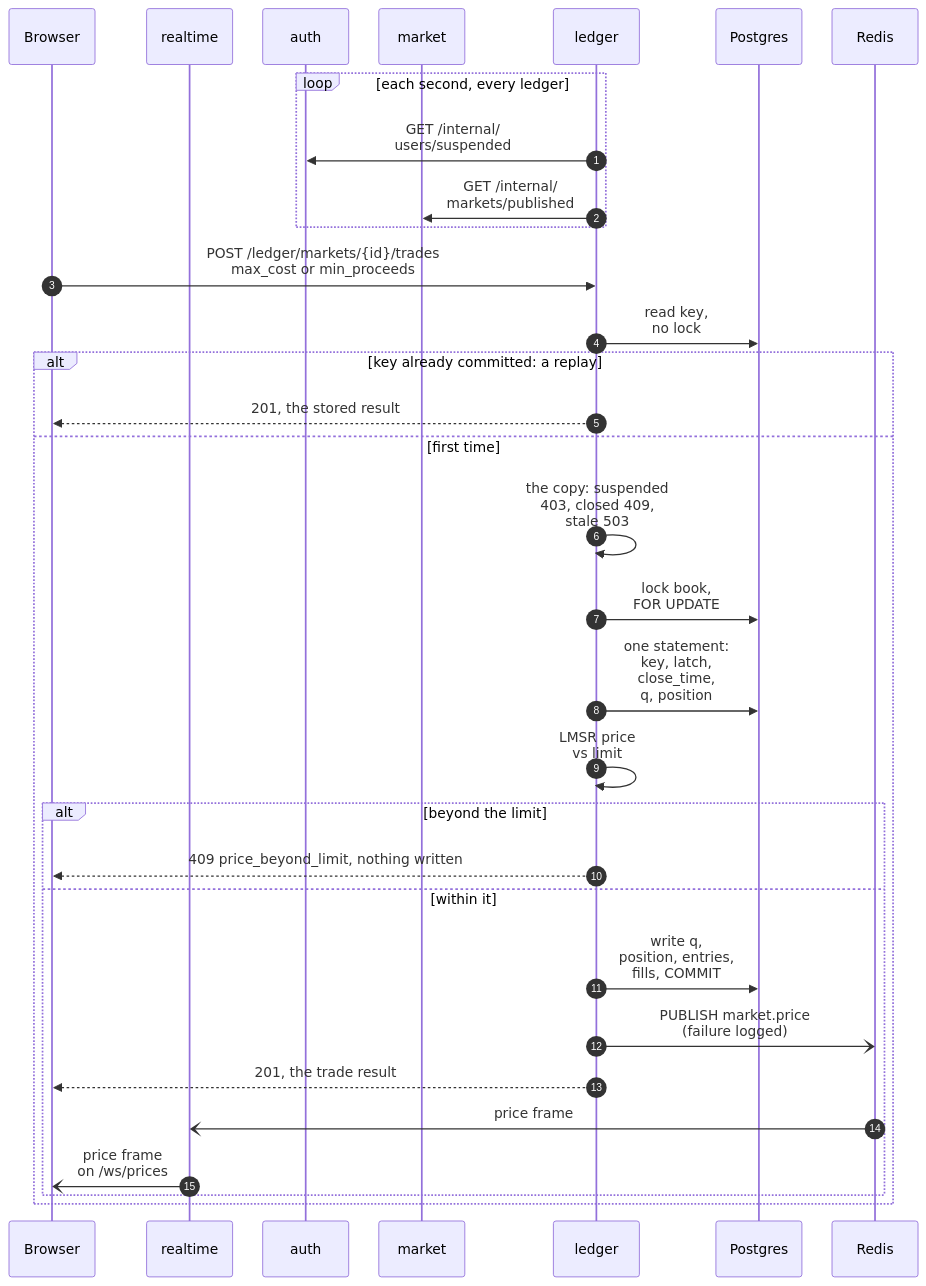
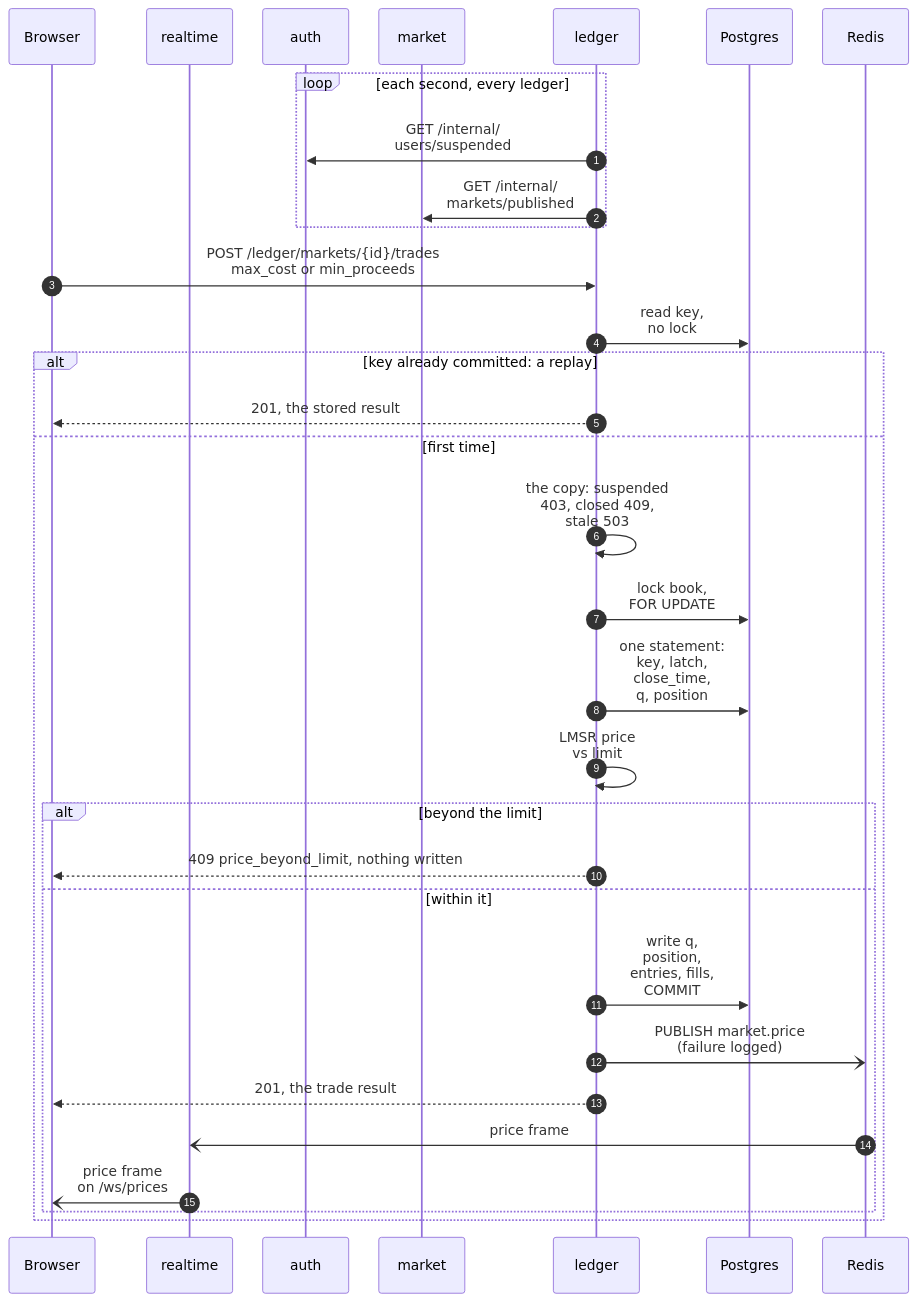
One commit to decker757/CS464 changed the diagram in docs/diagrams/06-trade-sequence.mmd. Above: the diagram before and after it, drawn with Mermaid. The commit also changed 2 other files, not shown here.

Commit message:
docs(diagrams): 06 and 12 clear 6.5 pt, and 04's caption has the measured size
Measured exactly, 12 printed at 6.48 pt and 06 at 6.50: one shorter
column note in 12 (revoked_at) and one more line break in 06's write
message bring them to 6.51 and 6.56 pt at 15.9 cm. render.py measures 04
at 5.2 pt portrait, 7.3 pt at 22.3 cm.

```diff
--- a/docs/diagrams/06-trade-sequence.mmd
+++ b/docs/diagrams/06-trade-sequence.mmd
@@ -1,57 +1,57 @@
 %% 06 — A trade, end to end
 %% Drawn from: ADR 0009, ADR 0010, ADR 0015, ADR 0017 and ADR 0022 (both as
 %%   amended by ADR 0030), ADR 0024, ADR 0029, ADR 0030, D-049,
 %%   DECISIONS.md "One price frame per commit, at the final state_version",
 %%   backend/ledger_service/service/trading.py (execute, read_trade_context),
 %%   backend/ledger_service/service/local_copy.py (refuse_if_suspended,
 %%   ensure_trading, fetch_suspended, fetch_published_markets),
 %%   backend/ledger_service/main.py (_start_copy_refreshers),
 %%   backend/ledger_service/core/config.py (local_copy_refresh_seconds 1.0,
 %%   local_copy_max_age_seconds 5.0),
 %%   backend/ledger_service/core/pricing.py (trade_cost_of, refuse_if_beyond_limit),
 %%   backend/ledger_service/core/errors.py (AccountSuspended, MarketClosed,
 %%   AuthUnavailable, MarketTermsUnavailable, PriceBeyondLimit),
 %%   backend/ledger_service/model/schemas.py (TradeIn: max_cost, min_proceeds),
 %%   backend/ledger_service/controller/routes.py (POST /markets/{id}/trades, 201),
 %%   backend/ledger_service/service/bus.py, backend/realtime_service/service/bus.py
 %% Filled arrowheads: synchronous calls. Open arrowheads (-)): async pub/sub.
 %% "stale" is a copy older than local_copy_max_age_seconds, five seconds:
 %% 503 auth_unavailable or market_terms_unavailable. Closed is 409 market_closed.
 %% Left out to keep one path: a body with no limit is decided by state_version
 %% (409 quote_stale), a book's first trade opens and funds it and a trader's first
 %% read mints the grant, both before the lock, and the latch and close_time
 %% refusals that the context statement decides (409 market_closed).
 %%{init: {"sequence": {"width": 100, "actorMargin": 35}, "themeCSS": ".actor-line { stroke: #C3CBD5 !important; stroke-dasharray: 3 3; }"}}%%
 sequenceDiagram
     autonumber
     participant B as Browser
     participant RT as realtime
     participant A as auth
     participant M as market
     participant L as ledger
     participant DB as Postgres
     participant R as Redis
 
     loop each second, every ledger
         L->>A: GET /internal/<br/>users/suspended
         L->>M: GET /internal/<br/>markets/published
     end
     B->>L: POST /ledger/markets/{id}/trades<br/>max_cost or min_proceeds
     L->>DB: read key,<br/>no lock
     alt key already committed: a replay
         L-->>B: 201, the stored result
     else first time
         L->>L: the copy: suspended<br/>403, closed 409,<br/>stale 503
         L->>DB: lock book,<br/>FOR UPDATE
         L->>DB: one statement:<br/>key, latch,<br/>close_time,<br/>q, position
         L->>L: LMSR price<br/>vs limit
         alt beyond the limit
             L-->>B: 409 price_beyond_limit, nothing written
         else within it
-            L->>DB: write q,<br/>position, entries,<br/>fills, COMMIT
+            L->>DB: write q,<br/>position,<br/>entries, fills,<br/>COMMIT
             L-)R: PUBLISH market.price<br/>(failure logged)
             L-->>B: 201, the trade result
             R-)RT: price frame
             RT-)B: price frame<br/>on /ws/prices
         end
     end
```
